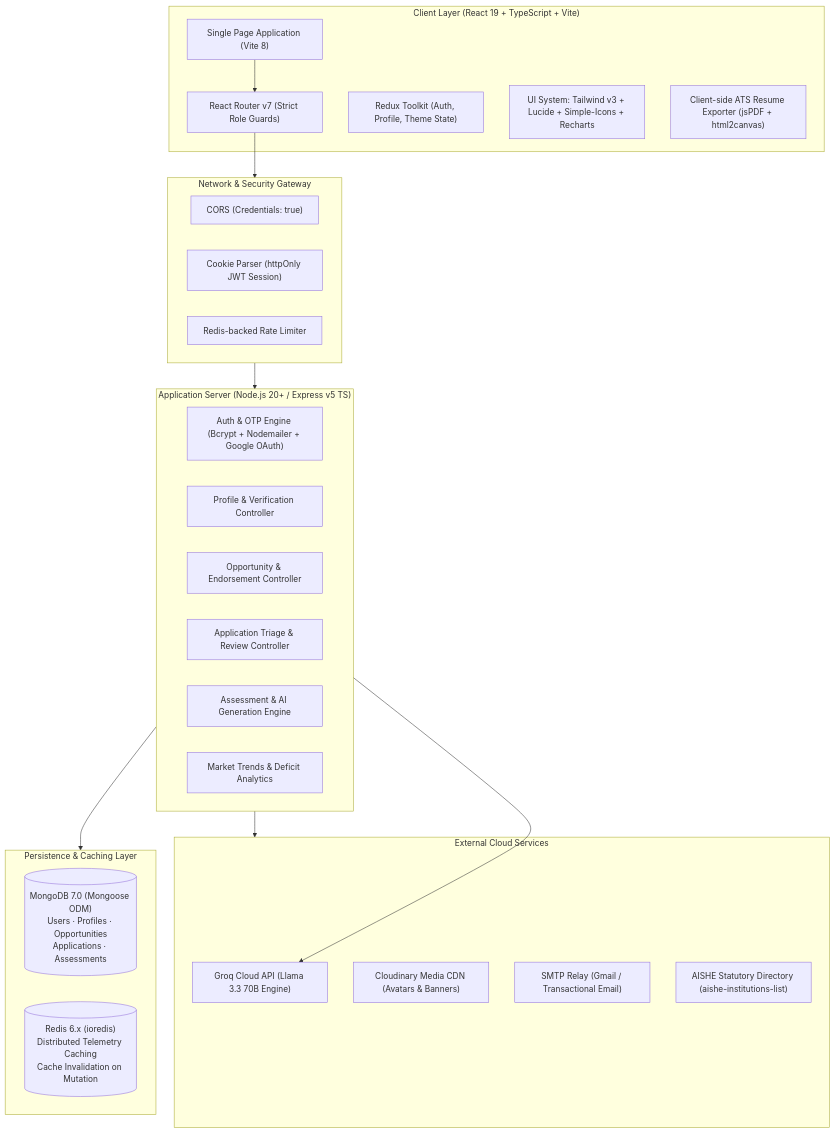
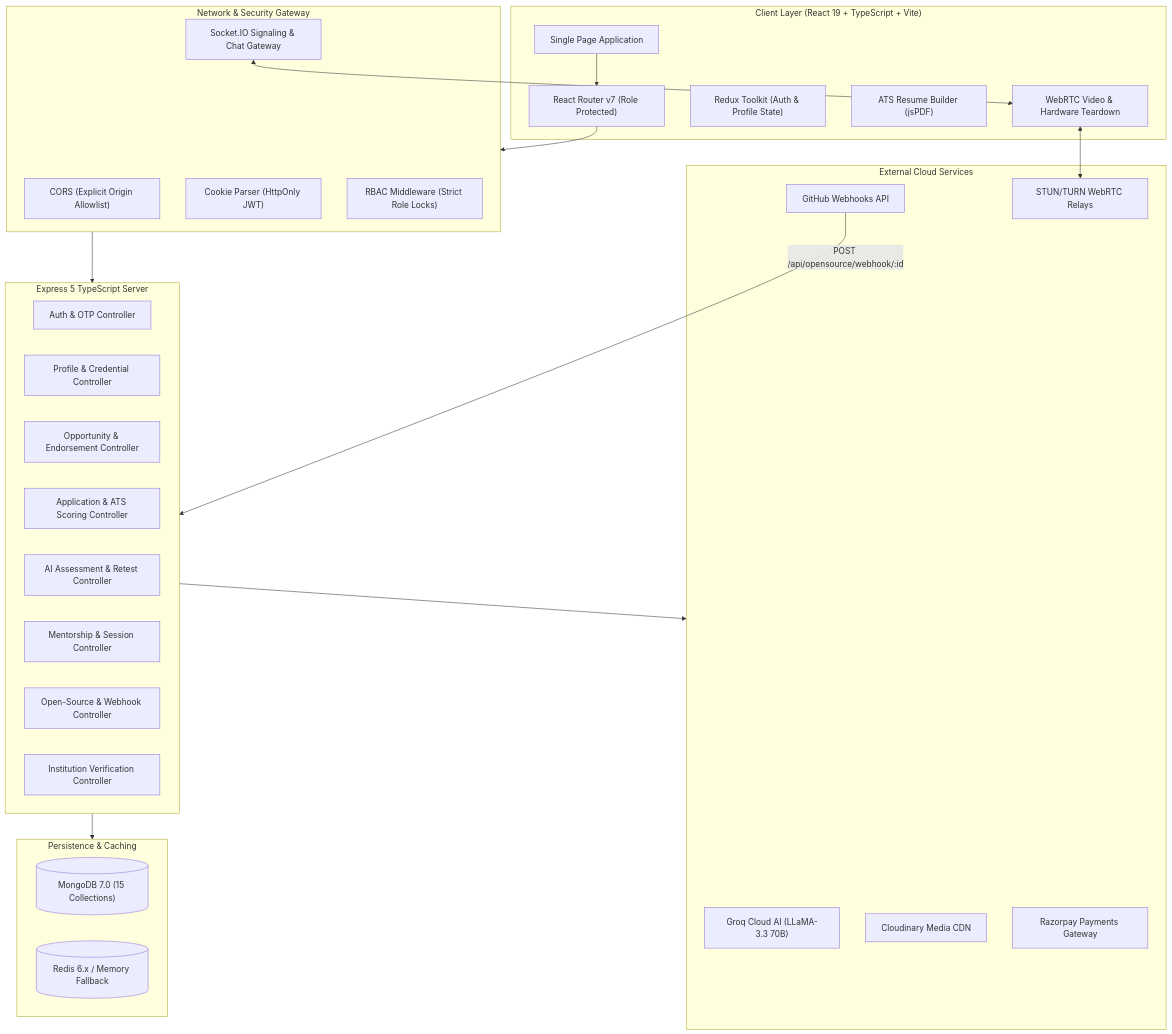
Before and after one commit to PrakharAgarwal17/PortalAcademia: the diagram in README.md, drawn with Mermaid. The commit also changed other lines of this file and 6 other files, not shown here.

````diff
--- a/README.md
+++ b/README.md
@@ -86,43 +152,49 @@
 ```mermaid
 flowchart TB
     subgraph ClientLayer ["Client Layer (React 19 + TypeScript + Vite)"]
-        SPA["Single Page Application (Vite 8)"]
-        Router["React Router v7 (Strict Role Guards)"]
-        Redux["Redux Toolkit (Auth, Profile, Theme State)"]
-        UIComp["UI System: Tailwind v3 + Lucide + Simple-Icons + Recharts"]
-        PDFGen["Client-side ATS Resume Exporter (jsPDF + html2canvas)"]
+        SPA["Single Page Application"]
+        Router["React Router v7 (Role Protected)"]
+        ReduxStore["Redux Toolkit (Auth & Profile State)"]
+        ResumeGen["ATS Resume Builder (jsPDF)"]
+        WebRTCModal["WebRTC Video & Hardware Teardown"]
     end
 
     subgraph GatewayLayer ["Network & Security Gateway"]
-        CORS["CORS (Credentials: true)"]
-        CookieParser["Cookie Parser (httpOnly JWT Session)"]
-        RateLimiter["Redis-backed Rate Limiter"]
+        CORS["CORS (Explicit Origin Allowlist)"]
+        CookieParser["Cookie Parser (HttpOnly JWT)"]
+        RBAC["RBAC Middleware (Strict Role Locks)"]
+        SocketSignaling["Socket.IO Signaling & Chat Gateway"]
     end
 
-    subgraph BackendLayer ["Application Server (Node.js 20+ / Express v5 TS)"]
-        AuthModule["Auth & OTP Engine (Bcrypt + Nodemailer + Google OAuth)"]
-        ProfileModule["Profile & Verification Controller"]
-        OppModule["Opportunity & Endorsement Controller"]
-        AppModule["Application Triage & Review Controller"]
-        AssessModule["Assessment & AI Generation Engine"]
-        AnalyticsModule["Market Trends & Deficit Analytics"]
+    subgraph BackendLayer ["Express 5 TypeScript Server"]
+        AuthController["Auth & OTP Controller"]
+        ProfileController["Profile & Credential Controller"]
+        OppController["Opportunity & Endorsement Controller"]
+        AppController["Application & ATS Scoring Controller"]
+        AssessController["AI Assessment & Retest Controller"]
+        MentorshipController["Mentorship & Session Controller"]
+        OpenSourceController["Open-Source & Webhook Controller"]
+        VerificationController["Institution Verification Controller"]
     end
 
-    subgraph ServicesLayer ["External Cloud Services"]
-        GroqAI["Groq Cloud API (Llama 3.3 70B Engine)"]
-        Cloudinary["Cloudinary Media CDN (Avatars & Banners)"]
-        Nodemailer["SMTP Relay (Gmail / Transactional Email)"]
-        AISHE["AISHE Statutory Directory (aishe-institutions-list)"]
+    subgraph ExternalServices ["External Cloud Services"]
+        GroqAI["Groq Cloud AI (LLaMA-3.3 70B)"]
+        Cloudinary["Cloudinary Media CDN"]
+        Razorpay["Razorpay Payments Gateway"]
+        GitHub["GitHub Webhooks API"]
+        STUN["STUN/TURN WebRTC Relays"]
     end
 
-    subgraph StorageLayer ["Persistence & Caching Layer"]
-        MongoDB[("MongoDB 7.0 (Mongoose ODM)\nUsers · Profiles · Opportunities\nApplications · Assessments")]
-        RedisCache[("Redis 6.x (ioredis)\nDistributed Telemetry Caching\nCache Invalidation on Mutation")]
+    subgraph StorageLayer ["Persistence & Caching"]
+        MongoDB[("MongoDB 7.0 (15 Collections)")]
+        RedisCache[("Redis 6.x / Memory Fallback")]
     end
 
     SPA --> Router --> GatewayLayer
     GatewayLayer --> BackendLayer
+    SocketSignaling <--> WebRTCModal
+    WebRTCModal <--> STUN
     BackendLayer --> StorageLayer
-    BackendLayer --> ServicesLayer
-    BackendLayer --> GroqAI
+    BackendLayer --> ExternalServices
+    GitHub -->|POST /api/opensource/webhook/:id| BackendLayer
 ```
````
